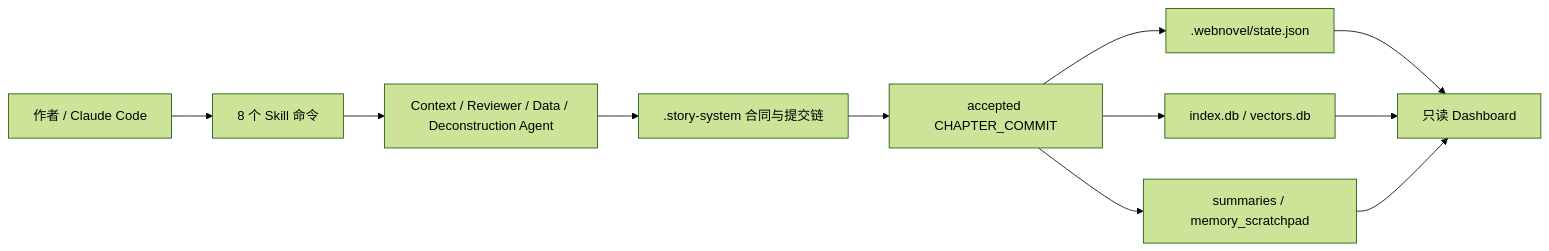
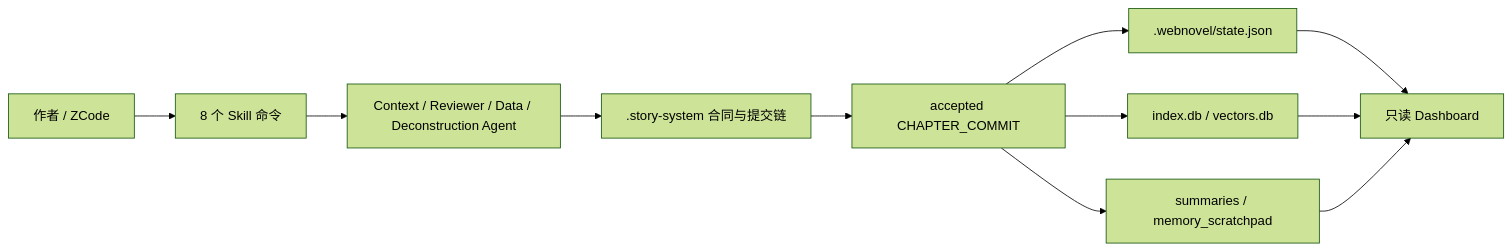
One commit to alittleseven/webnovel-writer changed the diagram in README.md. Above: the diagram before and after it, drawn with Mermaid (forest theme). The commit also changed other lines of this file and 3 other files, not shown here.

````diff
--- a/README.md
+++ b/README.md
@@ -71,13 +71,13 @@
 ```mermaid
 flowchart LR
-    User[作者 / Claude Code] --> Skills[8 个 Skill 命令]
+    User[作者 / ZCode] --> Skills[8 个 Skill 命令]
     Skills --> Agents[Context / Reviewer / Data / Deconstruction Agent]
     Agents --> Story[.story-system 合同与提交链]
     Story --> Commit[accepted CHAPTER_COMMIT]
     Commit --> State[.webnovel/state.json]
     Commit --> Index[index.db / vectors.db]
     Commit --> Summary[summaries / memory_scratchpad]
     State --> Dashboard[只读 Dashboard]
     Index --> Dashboard
     Summary --> Dashboard
 ```
````
